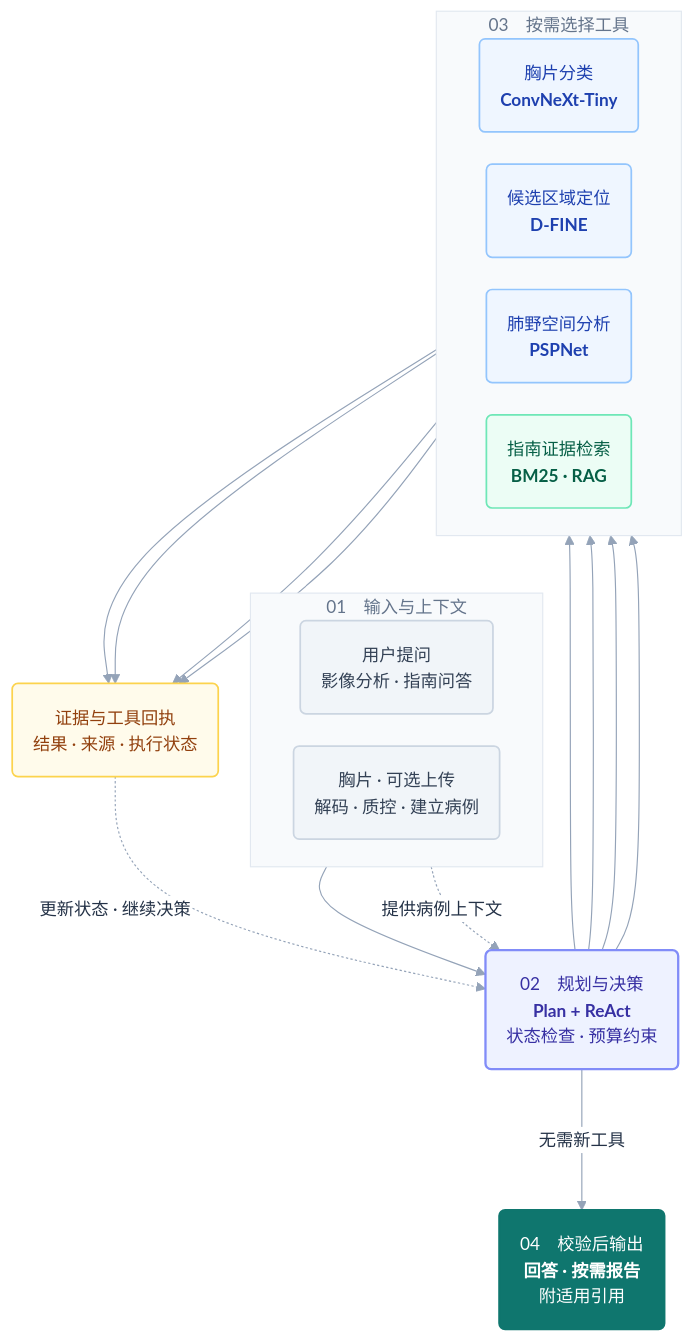
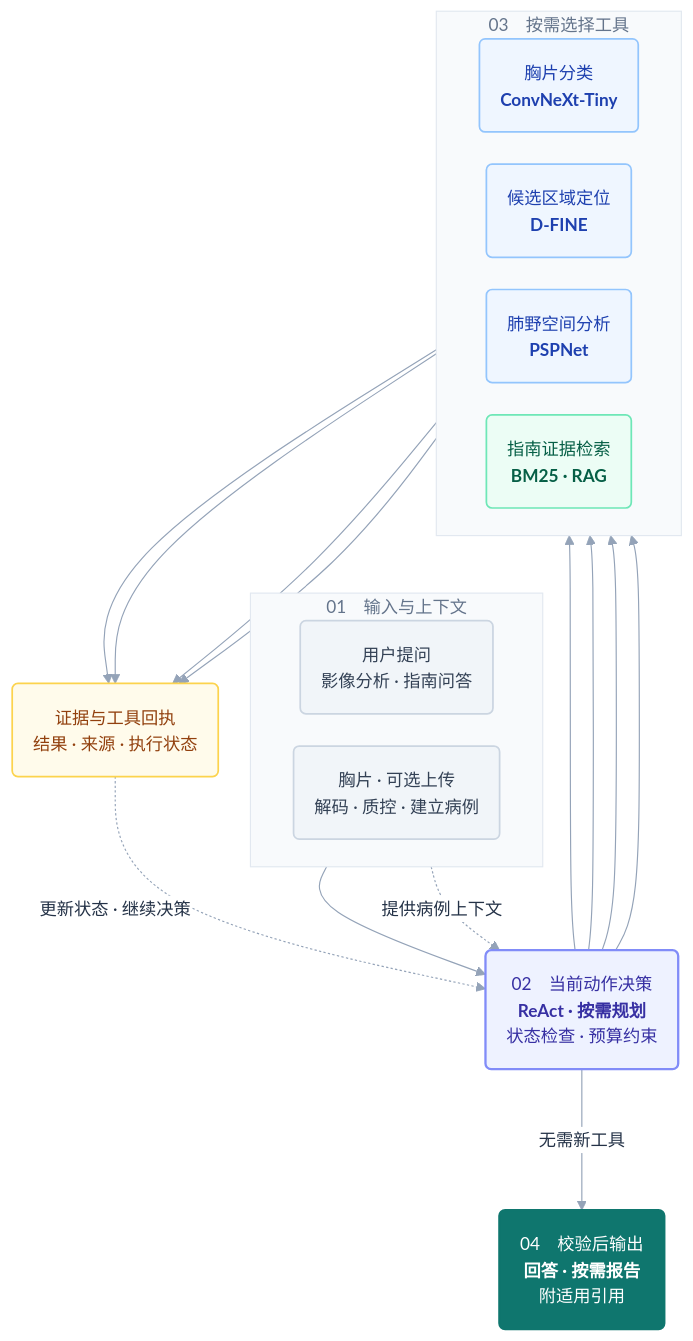
Before and after one commit to fusq-zt/tbx-agent: the diagram in README.md, drawn with Mermaid. The commit also changed other lines of this file and 76 other files, not shown here.

Commit message:
Publish ReAct agent, final evaluation and product screenshots

````diff
--- a/README.md
+++ b/README.md
@@ -42,45 +53,45 @@
 ```mermaid
 %%{init: {"theme": "base", "themeVariables": {"fontFamily": "Inter, Microsoft YaHei, sans-serif", "fontSize": "15px", "lineColor": "#94A3B8", "primaryTextColor": "#243247", "edgeLabelBackground": "#FFFFFF", "clusterBkg": "#F8FAFC", "clusterBorder": "#E2E8F0"}, "flowchart": {"curve": "basis", "nodeSpacing": 28, "rankSpacing": 50, "padding": 18, "wrappingWidth": 280}}}%%
 flowchart TB
     subgraph INPUT["01　输入与上下文"]
         direction LR
         QUESTION("用户提问<br/>影像分析 · 指南问答")
         IMAGE("胸片 · 可选上传<br/>解码 · 质控 · 建立病例")
     end
 
-    AGENT("02　规划与决策<br/><b>Plan + ReAct</b><br/>状态检查 · 预算约束")
+    AGENT("02　当前动作决策<br/><b>ReAct · 按需规划</b><br/>状态检查 · 预算约束")
 
     subgraph TOOLS["03　按需选择工具"]
         direction LR
         CLASSIFY("胸片分类<br/><b>ConvNeXt-Tiny</b>")
         LOCALIZE("候选区域定位<br/><b>D-FINE</b>")
         ANATOMY("肺野空间分析<br/><b>PSPNet</b>")
         KNOWLEDGE("指南证据检索<br/><b>BM25 · RAG</b>")
     end
 
     EVIDENCE("证据与工具回执<br/>结果 · 来源 · 执行状态")
     ANSWER("04　校验后输出<br/><b>回答 · 按需报告</b><br/>附适用引用")
 
     QUESTION --> AGENT
     IMAGE -. 提供病例上下文 .-> AGENT
     AGENT --> CLASSIFY & LOCALIZE & ANATOMY & KNOWLEDGE
     CLASSIFY & LOCALIZE & ANATOMY & KNOWLEDGE --> EVIDENCE
     EVIDENCE -. 更新状态 · 继续决策 .-> AGENT
     AGENT --->|无需新工具| ANSWER
 
     classDef input fill:#F1F5F9,stroke:#CBD5E1,color:#334155,stroke-width:1.5px
     classDef agent fill:#EEF2FF,stroke:#818CF8,color:#3730A3,stroke-width:2px
     classDef vision fill:#EFF6FF,stroke:#93C5FD,color:#1E40AF,stroke-width:1.5px
     classDef knowledge fill:#ECFDF5,stroke:#6EE7B7,color:#065F46,stroke-width:1.5px
     classDef evidence fill:#FFFBEB,stroke:#FCD34D,color:#92400E,stroke-width:1.5px
     classDef output fill:#0F766E,stroke:#0F766E,color:#FFFFFF,stroke-width:2px
 
     class QUESTION,IMAGE input
     class AGENT agent
     class CLASSIFY,LOCALIZE,ANATOMY vision
     class KNOWLEDGE knowledge
     class EVIDENCE evidence
     class ANSWER output
     style INPUT fill:#F8FAFC,stroke:#E2E8F0,stroke-width:1px,color:#64748B
     style TOOLS fill:#F8FAFC,stroke:#E2E8F0,stroke-width:1px,color:#64748B
 ```
````
